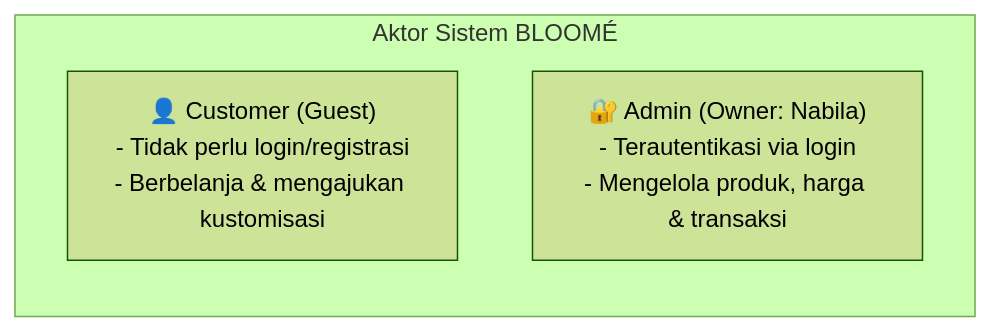
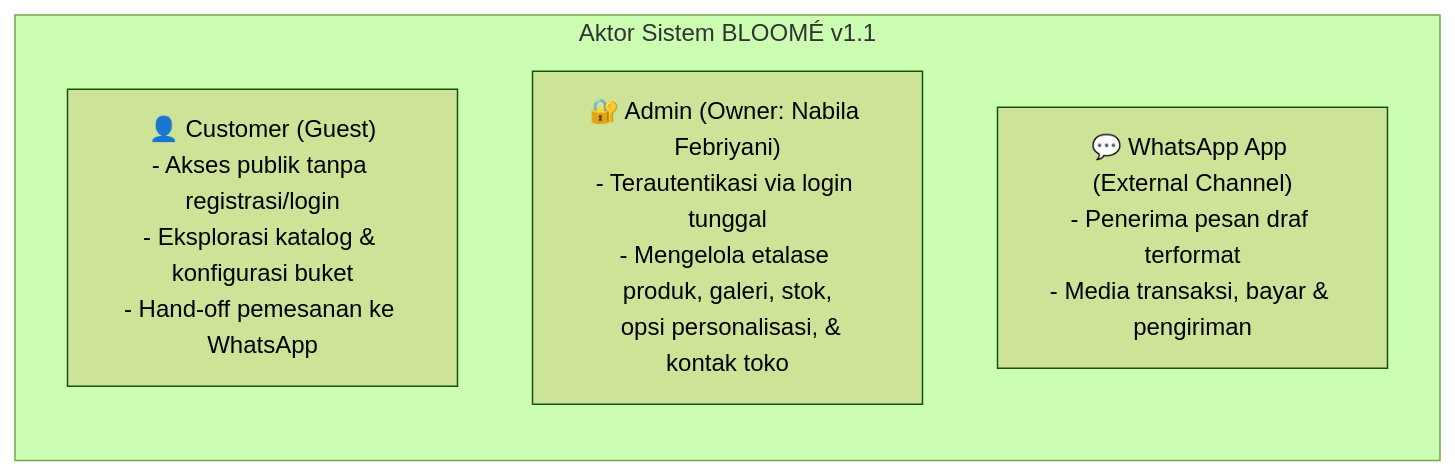
The first of 2 diagrams in docs/03-analysis-and-design/ANA-001-use-case-diagram.md (Elfend11/buketbunga), drawn with Mermaid (forest theme) before and after one commit. The commit also changed other lines of this file and 89 other files, not shown here.

````diff
--- a/docs/03-analysis-and-design/ANA-001-use-case-diagram.md
+++ b/docs/03-analysis-and-design/ANA-001-use-case-diagram.md
@@ -24,7 +27,8 @@
 ```mermaid
 graph LR
-    subgraph Actors ["Aktor Sistem BLOOMÉ"]
-        C["👤 Customer (Guest)<br>- Tidak perlu login/registrasi<br>- Berbelanja & mengajukan kustomisasi"]
-        A["🔐 Admin (Owner: Nabila)<br>- Terautentikasi via login<br>- Mengelola produk, harga & transaksi"]
+    subgraph Actors ["Aktor Sistem BLOOMÉ v1.1"]
+        C["👤 Customer (Guest)<br>- Akses publik tanpa registrasi/login<br>- Eksplorasi katalog & konfigurasi buket<br>- Hand-off pemesanan ke WhatsApp"]
+        A["🔐 Admin (Owner: Nabila Febriyani)<br>- Terautentikasi via login tunggal<br>- Mengelola etalase produk, galeri, stok,<br>  opsi personalisasi, & kontak toko"]
+        WA["💬 WhatsApp App (External Channel)<br>- Penerima pesan draf terformat<br>- Media transaksi, bayar & pengiriman"]
     end
 ```
````
